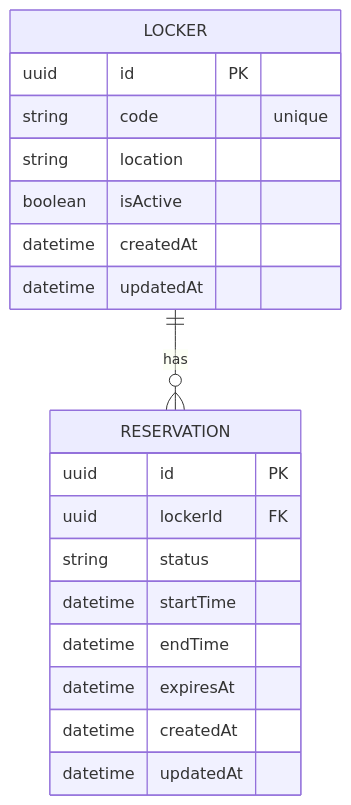
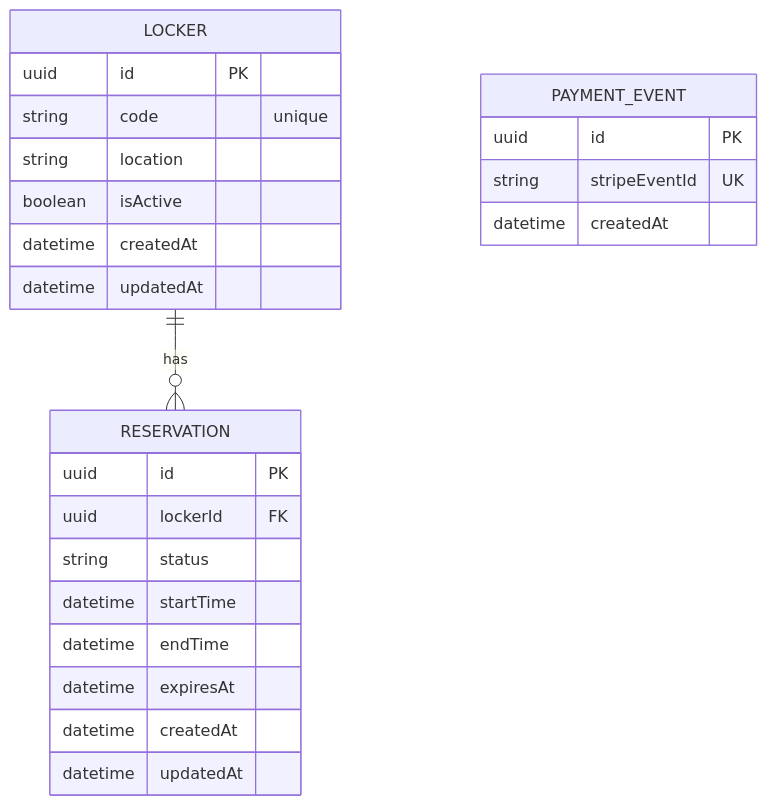
Before and after one commit to Bradleyh212/locker-reserve: the diagram in docs/erd/erd.mmd, drawn with Mermaid. The commit also changed 25 other files, not shown here.

```diff
--- a/docs/erd/erd.mmd
+++ b/docs/erd/erd.mmd
@@ -1,22 +1,29 @@
 erDiagram
+		%% Current Prisma models only; proposed device entities are documented separately.
 	LOCKER ||--o{ RESERVATION : has
 
 	LOCKER {
 		uuid id PK
 		string code "unique"
 		string location
 		boolean isActive
 		datetime createdAt
 		datetime updatedAt
 	}
 
 	RESERVATION {
 		uuid id PK
 		uuid lockerId FK
 		string status
 		datetime startTime
 		datetime endTime
 		datetime expiresAt
 		datetime createdAt
 		datetime updatedAt
 	}
+
+        PAYMENT_EVENT {
+            uuid id PK
+            string stripeEventId UK
+            datetime createdAt
+        }
```
